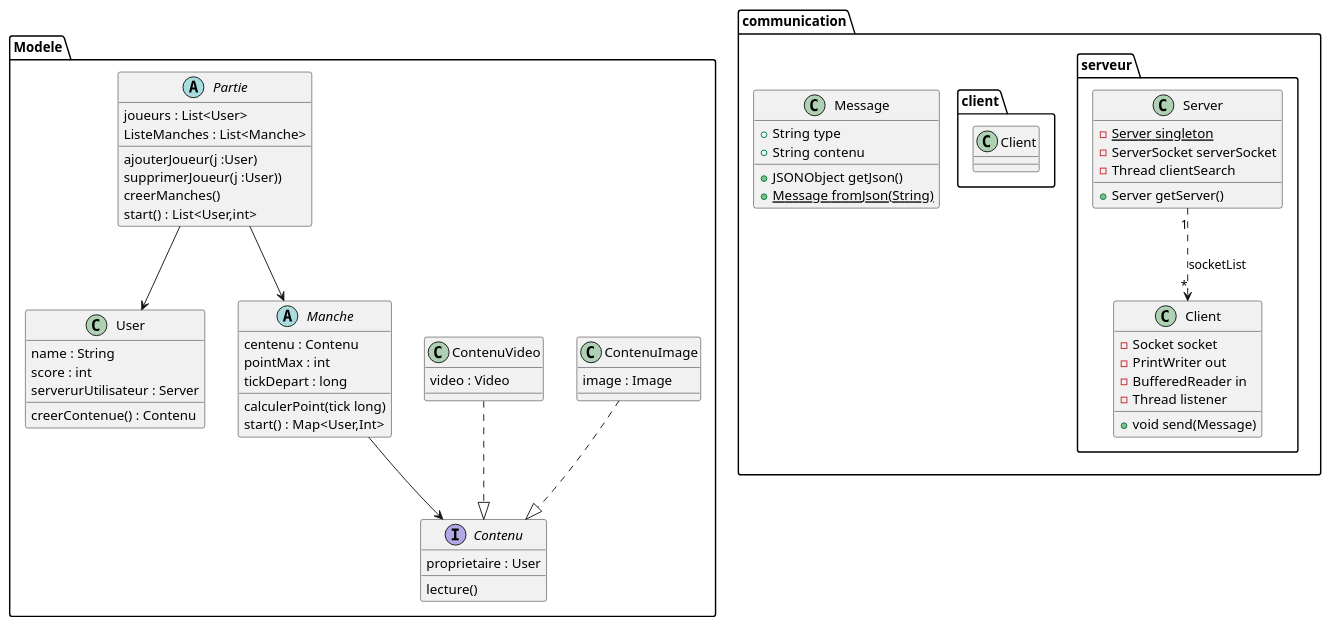
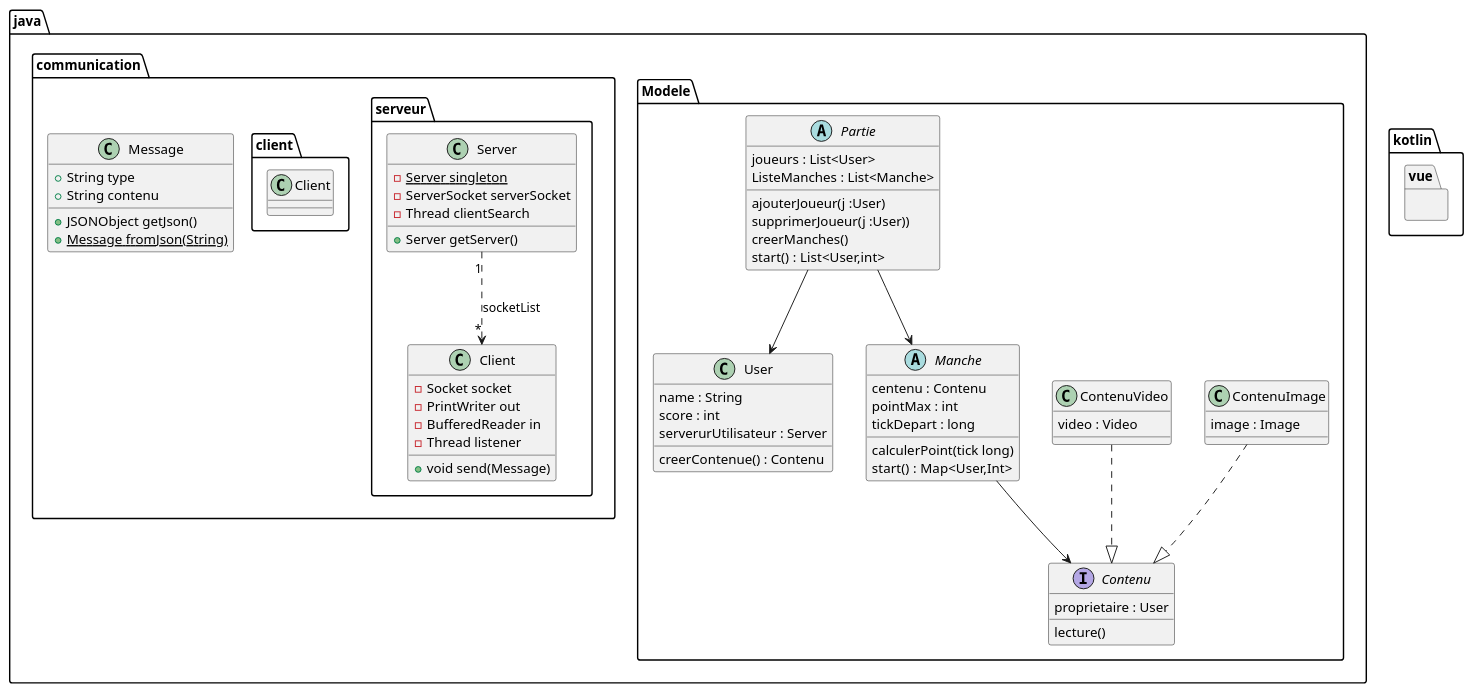
Before and after one commit to PlumeDeRenard54/PhotoRoulette: the diagram in document/diagrammeClasse.puml, drawn with PlantUML.

Commit message:
[modify] diagrammeClasse.puml

```diff
--- a/document/diagrammeClasse.puml
+++ b/document/diagrammeClasse.puml
@@ -1,77 +1,81 @@
 @startuml
+package java {
 package Modele {
     class User {
      name : String
      score : int
      serverurUtilisateur : Server
      creerContenue() : Contenu
     }
 
     abstract class Manche {
         centenu : Contenu
         pointMax : int
         tickDepart : long
         calculerPoint(tick long)
         start() : Map<User,Int>
     }
 
     interface Contenu {
         proprietaire : User
         lecture()
     }
 
     class ContenuImage {
         image : Image
     }
 
     class ContenuVideo {
         video : Video
     }
 
     abstract class Partie {
         joueurs : List<User>
         ListeManches : List<Manche>
         ajouterJoueur(j :User)
         supprimerJoueur(j :User))
         creerManches()
         start() : List<User,int>
     }
 }
 
 package communication{
     package serveur {
         class Client {
         - Socket socket
         - PrintWriter out
         - BufferedReader in
         - Thread listener
         + void send(Message)
         }
 
 
         class Server {
         - {static} Server singleton
         - ServerSocket serverSocket
         - Thread clientSearch
         + Server getServer()
         }
         Server "1" ..> "*" Client : socketList
 }
 class Message {
 + String type
 + String contenu
 + JSONObject getJson()
 + {static} Message fromJson(String)
     }
 
     package client {
         class Client
     }
 }
-
+}
+package kotlin{
+    package vue {}
+}
 ContenuImage ..|> Contenu
 ContenuVideo ..|> Contenu
 Manche --> Contenu
 Partie --> User
 Partie --> Manche
 @enduml
```
